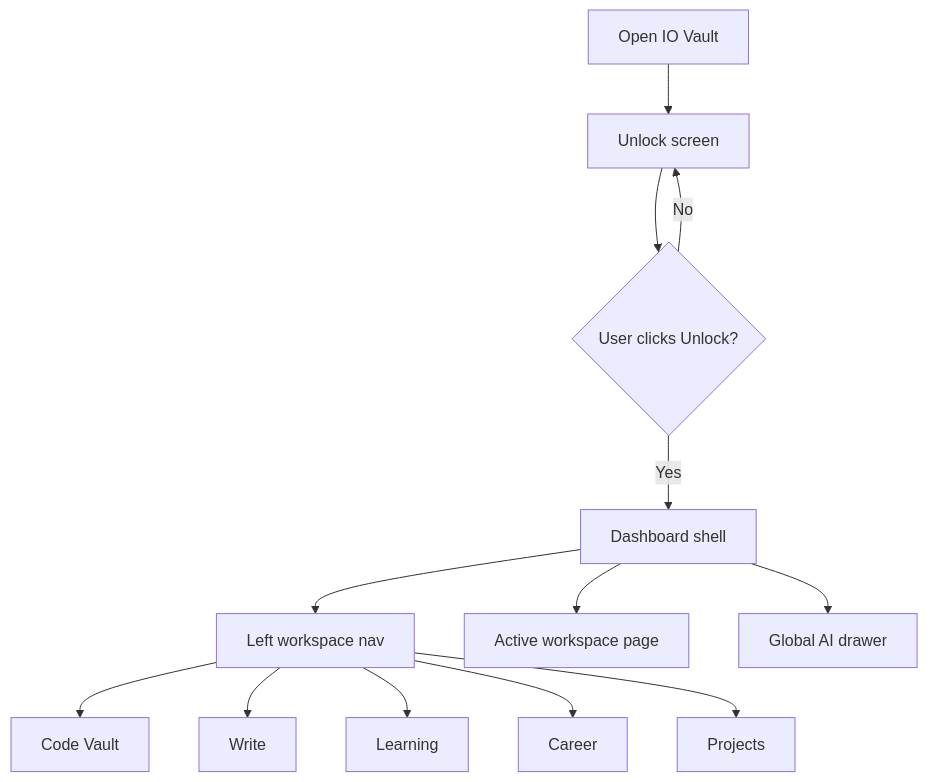
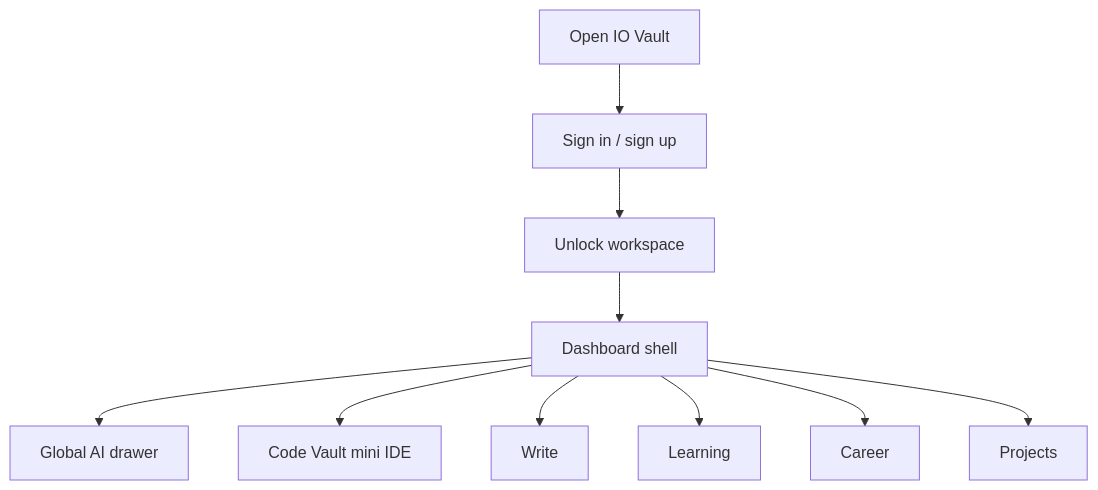
The first of 3 diagrams in docs/diagrams.md (Akiirolabs/IOVault), drawn with Mermaid before and after one commit. The commit also changed other lines of this file and 27 other files, not shown here.

````diff
--- a/docs/diagrams.md
+++ b/docs/diagrams.md
@@ -7,15 +7,12 @@
 ```mermaid
 flowchart TD
-  A["Open IO Vault"] --> B["Unlock screen"]
-  B --> C{"User clicks Unlock?"}
-  C -->|No| B
-  C -->|Yes| D["Dashboard shell"]
-  D --> E["Left workspace nav"]
-  D --> F["Active workspace page"]
-  D --> G["Global AI drawer"]
-  E --> H["Code Vault"]
-  E --> I["Write"]
-  E --> J["Learning"]
-  E --> K["Career"]
-  E --> L["Projects"]
+  Start["Open IO Vault"] --> Auth["Sign in / sign up"]
+  Auth --> Unlock["Unlock workspace"]
+  Unlock --> Shell["Dashboard shell"]
+  Shell --> Agent["Global AI drawer"]
+  Shell --> Code["Code Vault mini IDE"]
+  Shell --> Write["Write"]
+  Shell --> Learn["Learning"]
+  Shell --> Career["Career"]
+  Shell --> Projects["Projects"]
 ```
````
